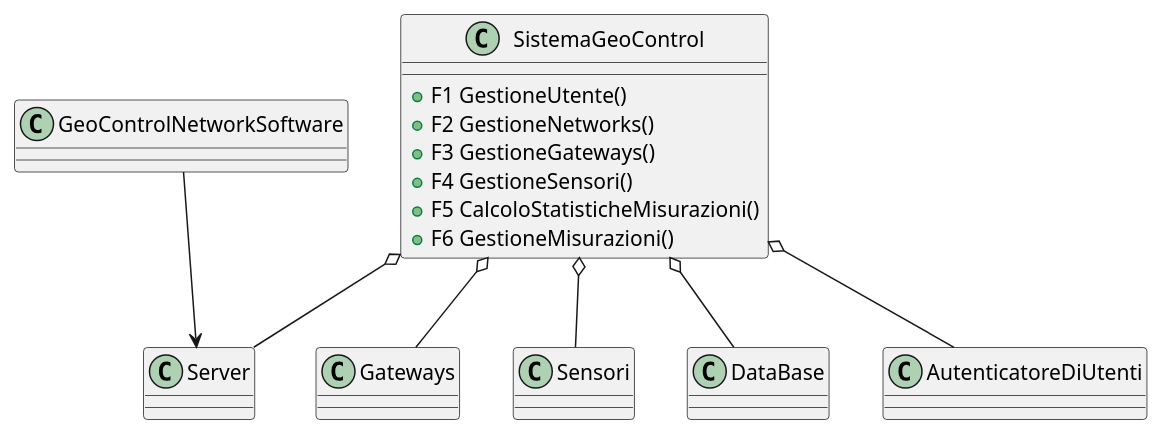
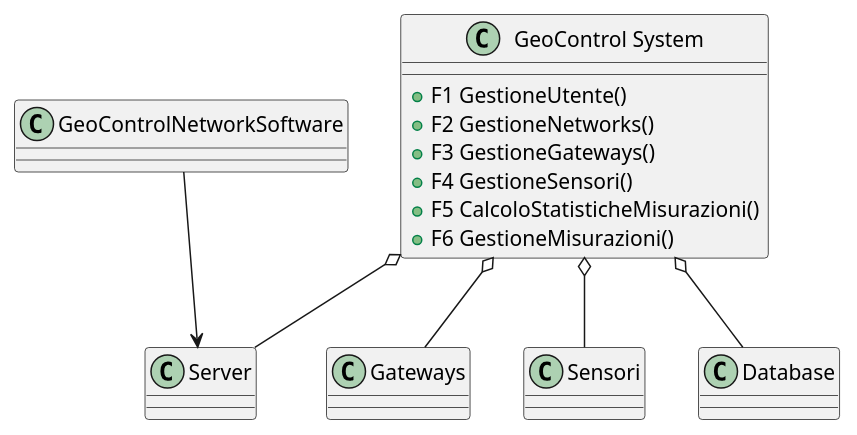
The second of 2 diagrams in doc/Requirements.md (luigiaceto/geocontrol), drawn with PlantUML before and after one commit. The commit also changed other lines of this file and 1 other file, not shown here.

First line of the commit message:
Fix: glossary and glossary diagram

````diff
--- a/doc/Requirements.md
+++ b/doc/Requirements.md
@@ -285,19 +367,18 @@
 ``` plantuml
 
-class SistemaGeoControl {
+class "GeoControl System" {
   +F1 GestioneUtente()
   +F2 GestioneNetworks()
   +F3 GestioneGateways()
   +F4 GestioneSensori()
   +F5 CalcoloStatisticheMisurazioni()
   +F6 GestioneMisurazioni()
 }
 
-SistemaGeoControl o-- Server 
+"GeoControl System" o-- Server 
 GeoControlNetworkSoftware --> Server
-SistemaGeoControl o-- Gateways
-SistemaGeoControl o-- Sensori
-SistemaGeoControl o-- DataBase
-SistemaGeoControl o-- AutenticatoreDiUtenti
+"GeoControl System" o-- Gateways
+"GeoControl System" o-- Sensori
+"GeoControl System" o-- Database
 
 ```
````
